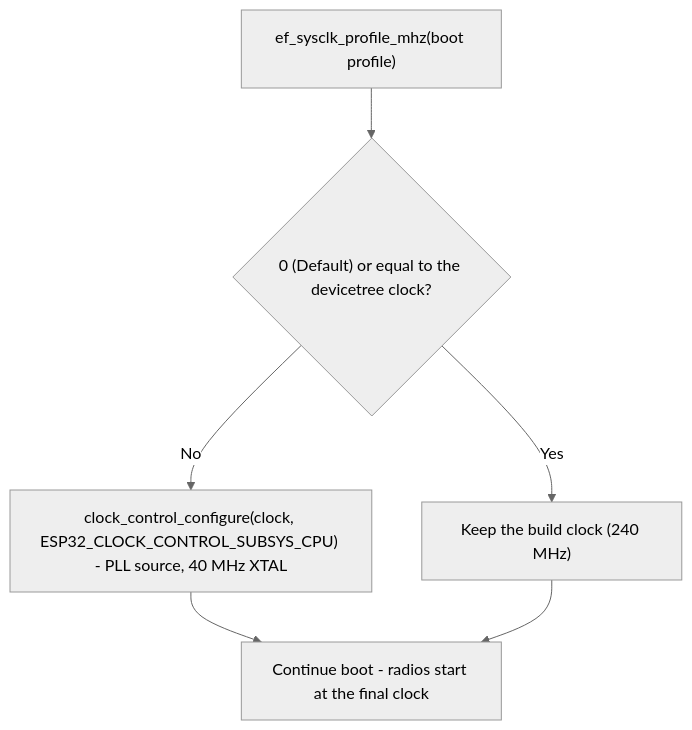
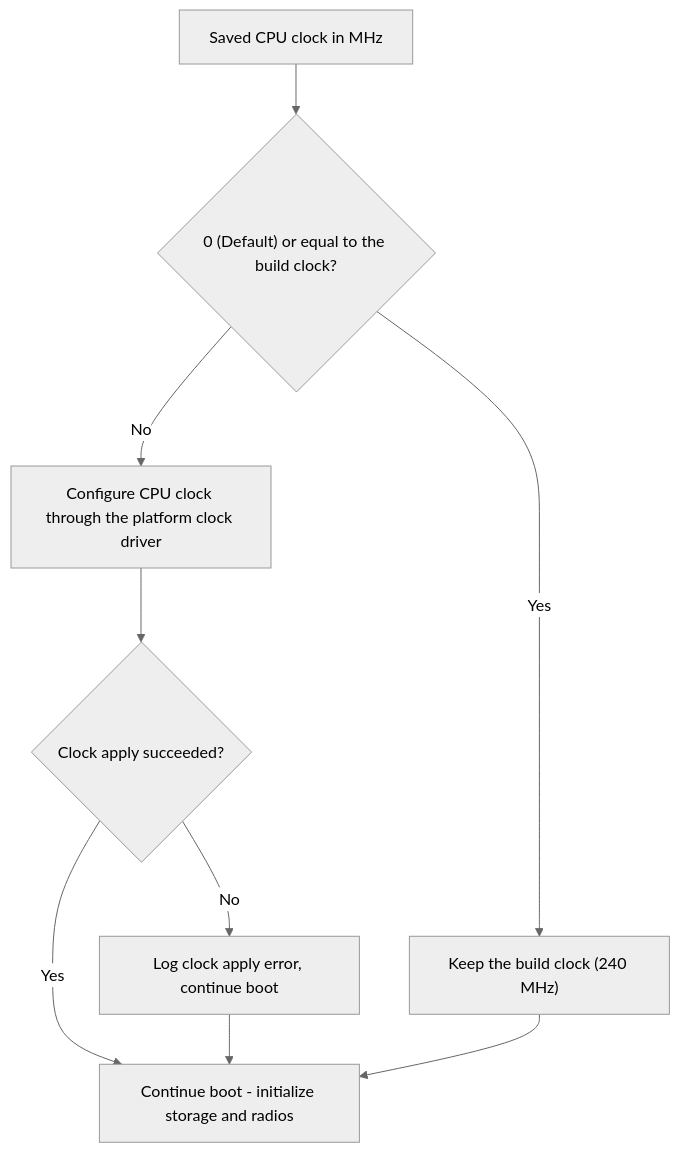
Before and after one commit to djwinter29-oss/ESPForge: the sixth of 6 diagrams in docs/reference/settings.md, drawn with Mermaid (neutral theme). The commit also changed other lines of this file and 78 other files, not shown here.

````diff
--- a/docs/reference/settings.md
+++ b/docs/reference/settings.md
@@ -223,8 +256,11 @@
 ```mermaid
 flowchart TD
-    A["ef_sysclk_profile_mhz(boot profile)"] --> B{"0 (Default) or equal to the devicetree clock?"}
+    A["Saved CPU clock in MHz"] --> B{"0 (Default) or equal to the build clock?"}
     B -->|Yes| Keep["Keep the build clock (240 MHz)"]
-    B -->|No| Cfg["clock_control_configure(clock, ESP32_CLOCK_CONTROL_SUBSYS_CPU) - PLL source, 40 MHz XTAL"]
-    Cfg --> Run["Continue boot - radios start at the final clock"]
+    B -->|No| Cfg["Configure CPU clock through the platform clock driver"]
+    Cfg --> Result{"Clock apply succeeded?"}
+    Result -->|Yes| Run["Continue boot - initialize storage and radios"]
+    Result -->|No| Warn["Log clock apply error, continue boot"]
+    Warn --> Run
     Keep --> Run
 ```
````
